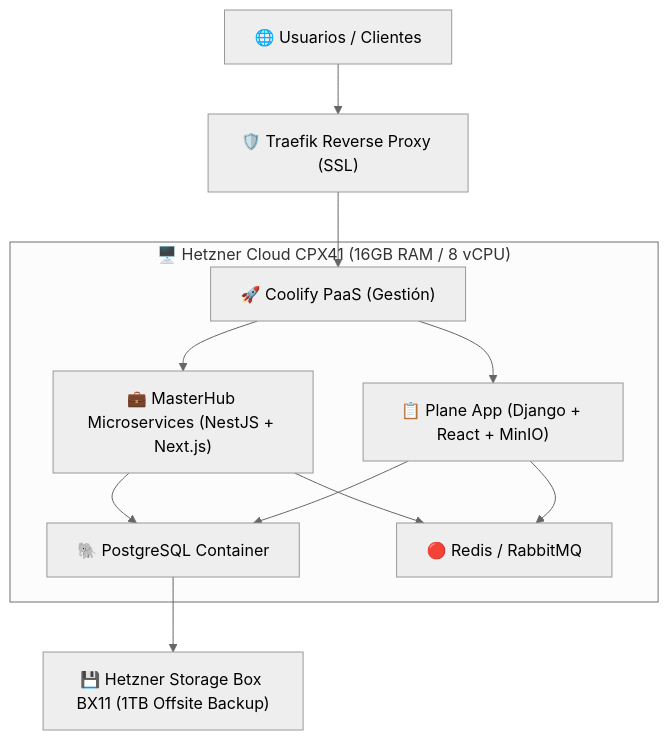
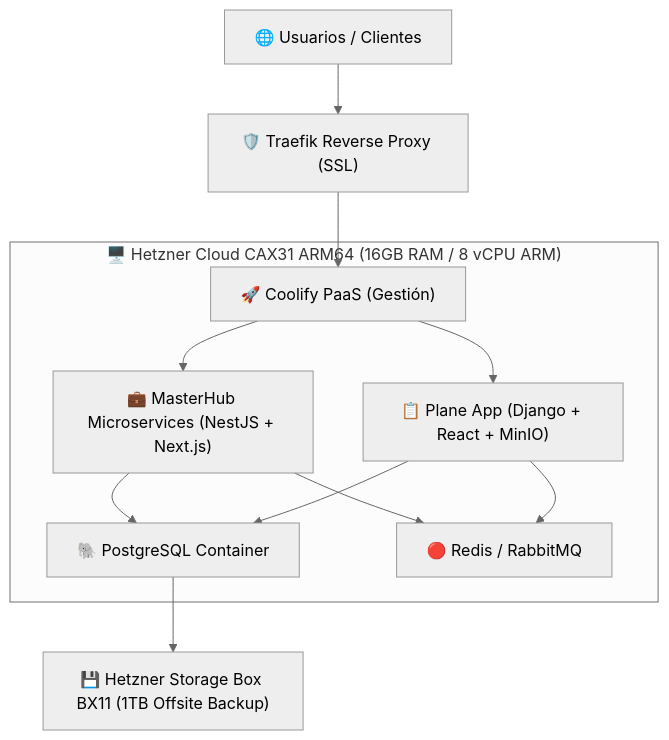
Before and after one commit to vmontoyasmtop/2brain-vmontoya: the diagram in wiki/trabajo/arquitectura-recomendada-hetzner-masterhub-plane.md, drawn with Mermaid (neutral theme). The commit also changed other lines of this file, not shown here.

Commit message:
docs(infra): actualizar propuesta hetzner a linea CAX31 ARM64 por .99/mes [2026-09-17]

````diff
--- a/wiki/trabajo/arquitectura-recomendada-hetzner-masterhub-plane.md
+++ b/wiki/trabajo/arquitectura-recomendada-hetzner-masterhub-plane.md
@@ -54,16 +61,16 @@
 ```mermaid
 flowchart TD
     Internet["🌐 Usuarios / Clientes"] --> Traefik["🛡️ Traefik Reverse Proxy (SSL)"]
     Traefik --> Coolify["🚀 Coolify PaaS (Gestión)"]
     
-    subgraph Hetzner_Cloud_CPX41["🖥️ Hetzner Cloud CPX41 (16GB RAM / 8 vCPU)"]
+    subgraph Hetzner_Cloud_CAX31["🖥️ Hetzner Cloud CAX31 ARM64 (16GB RAM / 8 vCPU ARM)"]
         Coolify --> MasterHub["💼 MasterHub Microservices (NestJS + Next.js)"]
         Coolify --> Plane["📋 Plane App (Django + React + MinIO)"]
         MasterHub --> DB_Postgres["🐘 PostgreSQL Container"]
         Plane --> DB_Postgres
         MasterHub --> Cache_Redis["🔴 Redis / RabbitMQ"]
         Plane --> Cache_Redis
     end
 
     DB_Postgres --> StorageBox["💾 Hetzner Storage Box BX11 (1TB Offsite Backup)"]
 ```
````
